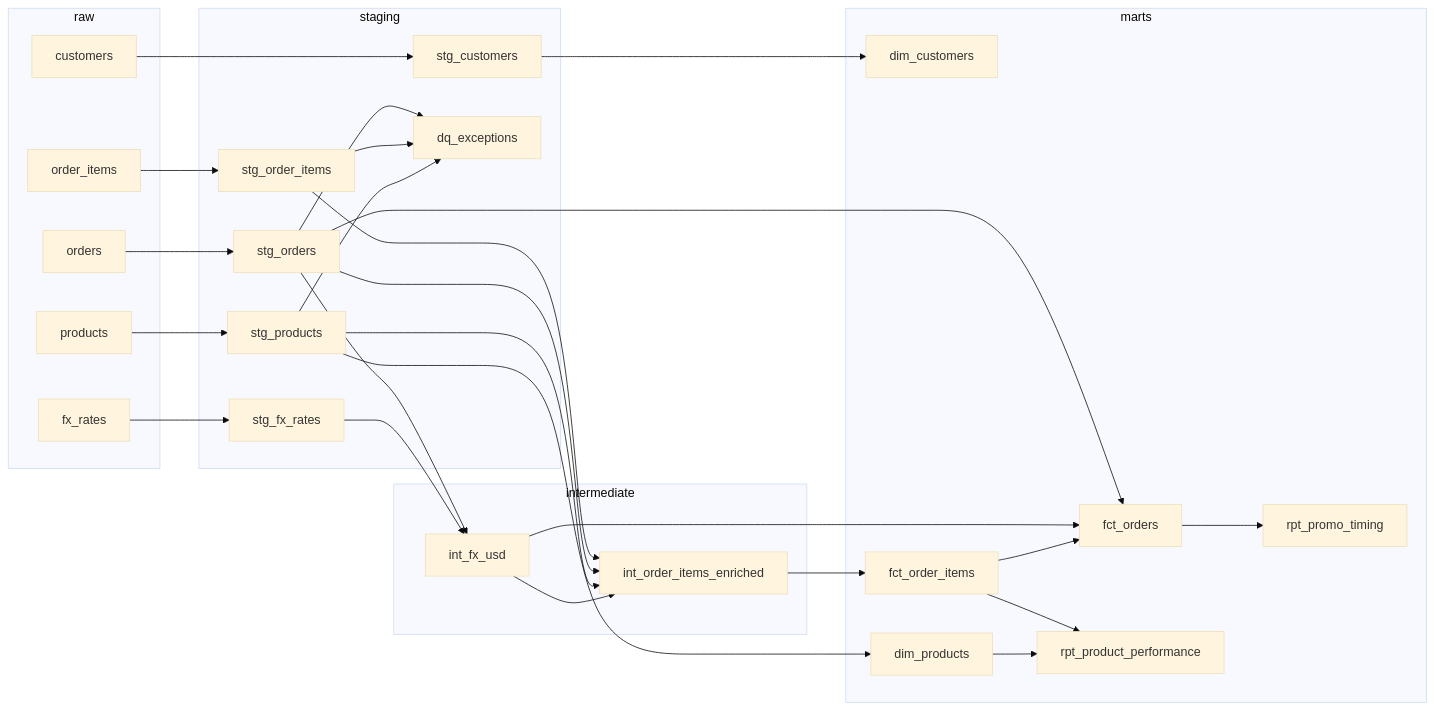
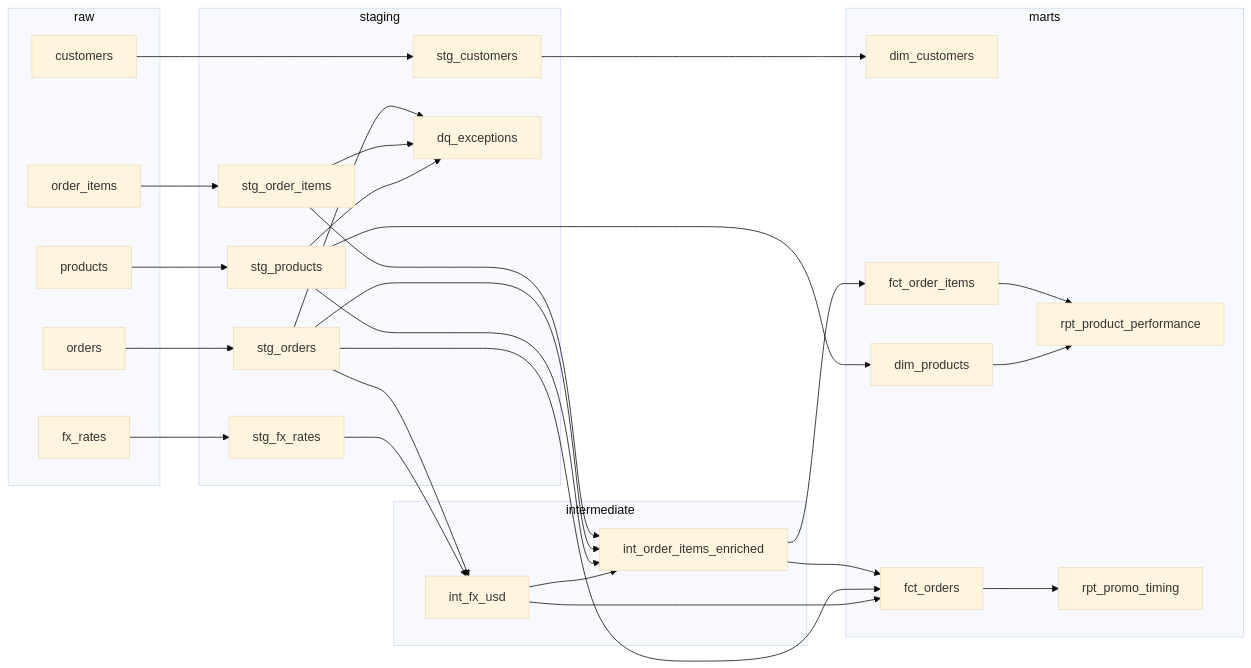
Before and after one commit to thiagofsdata-collab/analytics-engineer-challenge: the diagram in README.md, drawn with Mermaid (base theme). The commit also changed 1 other file, not shown here.

Commit message:
aggregate fct_orders from int_order_items_enriched

````diff
--- a/README.md
+++ b/README.md
@@ -92,61 +92,61 @@
 ```mermaid
 flowchart LR
     subgraph raw[raw]
         raw_customers[customers]
         raw_orders[orders]
         raw_order_items[order_items]
         raw_products[products]
         raw_fx_rates[fx_rates]
     end
 
     subgraph staging[staging]
         stg_customers
         stg_orders
         stg_order_items
         stg_products
         stg_fx_rates
         dq_exceptions
     end
 
     subgraph intermediate[intermediate]
         int_fx_usd
         int_order_items_enriched
     end
 
     subgraph marts[marts]
         dim_customers
         dim_products
         fct_order_items
         fct_orders
         rpt_product_performance
         rpt_promo_timing
     end
 
     raw_customers --> stg_customers
     raw_orders --> stg_orders
     raw_order_items --> stg_order_items
     raw_products --> stg_products
     raw_fx_rates --> stg_fx_rates
 
     stg_orders --> dq_exceptions
     stg_order_items --> dq_exceptions
     stg_products --> dq_exceptions
 
     stg_orders --> int_fx_usd
     stg_fx_rates --> int_fx_usd
 
     stg_order_items --> int_order_items_enriched
     stg_orders --> int_order_items_enriched
     stg_products --> int_order_items_enriched
     int_fx_usd --> int_order_items_enriched
 
     stg_customers --> dim_customers
     stg_products --> dim_products
     int_order_items_enriched --> fct_order_items
+    int_order_items_enriched --> fct_orders
     stg_orders --> fct_orders
     int_fx_usd --> fct_orders
-    fct_order_items --> fct_orders
     fct_order_items --> rpt_product_performance
     dim_products --> rpt_product_performance
     fct_orders --> rpt_promo_timing
 ```
````
